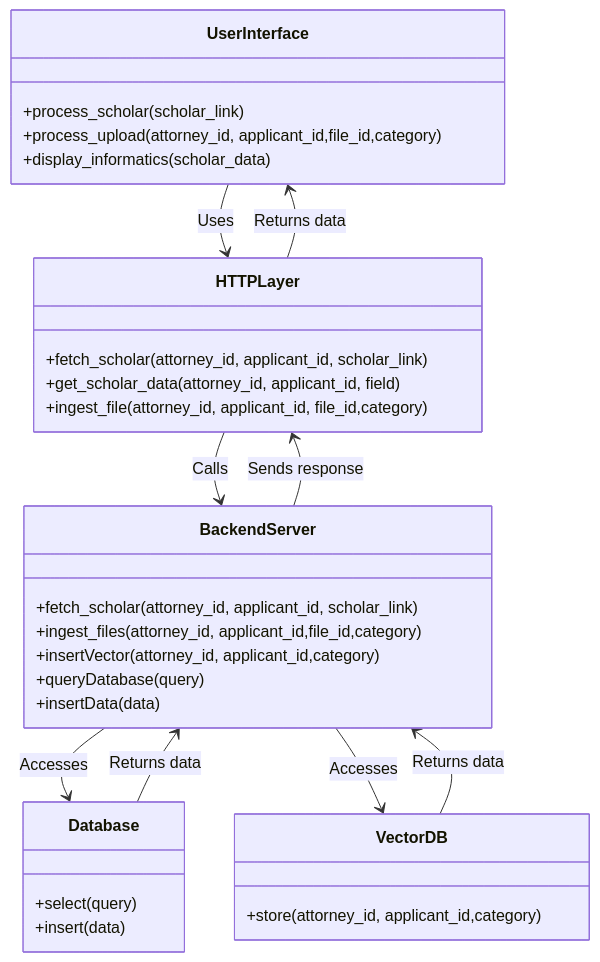
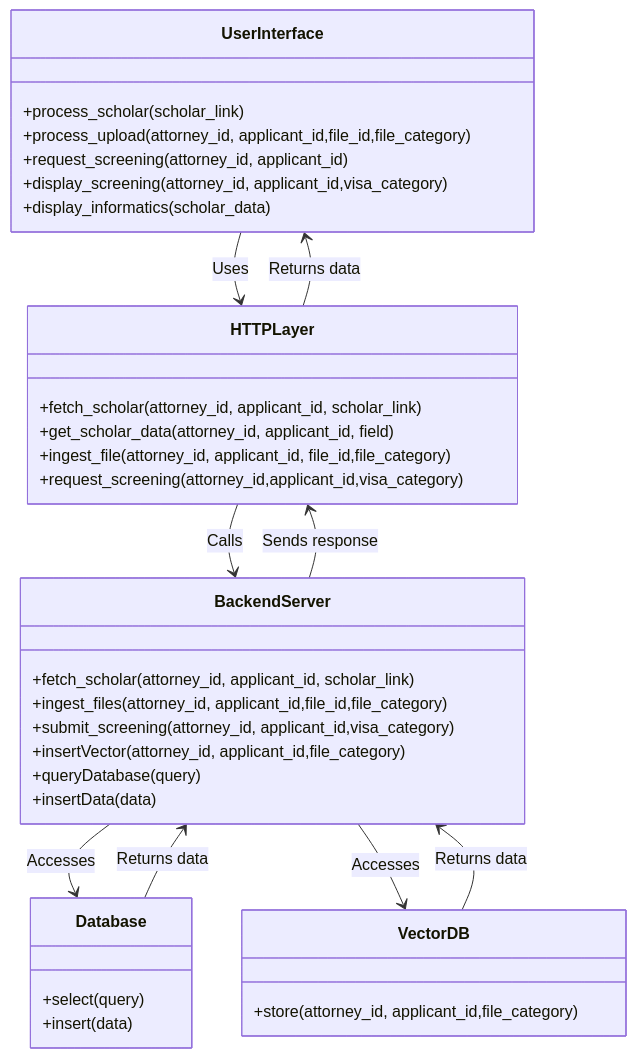
One commit to Orison-AI/orison_ai changed the diagram in api_diagram.md. Above: the diagram before and after it, drawn with Mermaid.

````diff
--- a/api_diagram.md
+++ b/api_diagram.md
@@ -1,40 +1,44 @@
 ```mermaid
 classDiagram
 class UserInterface {
         +process_scholar(scholar_link)
-        +process_upload(attorney_id, applicant_id,file_id,category)
+        +process_upload(attorney_id, applicant_id,file_id,file_category)
+        +request_screening(attorney_id, applicant_id)
+        +display_screening(attorney_id, applicant_id,visa_category)
         +display_informatics(scholar_data)
     }
 
 class HTTPLayer {
         +fetch_scholar(attorney_id, applicant_id, scholar_link)
         +get_scholar_data(attorney_id, applicant_id, field)
-        +ingest_file(attorney_id, applicant_id, file_id,category)
+        +ingest_file(attorney_id, applicant_id, file_id,file_category)
+        +request_screening(attorney_id,applicant_id,visa_category)
     }
 
 class BackendServer {
         +fetch_scholar(attorney_id, applicant_id, scholar_link)
-        +ingest_files(attorney_id, applicant_id,file_id,category)
-        +insertVector(attorney_id, applicant_id,category)
+        +ingest_files(attorney_id, applicant_id,file_id,file_category)
+        +submit_screening(attorney_id, applicant_id,visa_category)
+        +insertVector(attorney_id, applicant_id,file_category)
         +queryDatabase(query)
         +insertData(data)
     }
 
 class Database {
         +select(query)
         +insert(data)
     }
 
 class VectorDB {
-    +store(attorney_id, applicant_id,category)
+    +store(attorney_id, applicant_id,file_category)
 }
 
 UserInterface-- > HTTPLayer: Uses
 HTTPLayer-- > BackendServer: Calls
 BackendServer-- > Database: Accesses
 BackendServer-- > VectorDB: Accesses
 VectorDB --> BackendServer: Returns data
 Database --> BackendServer: Returns data
 BackendServer --> HTTPLayer: Sends response
 HTTPLayer --> UserInterface: Returns data
 ```
````
